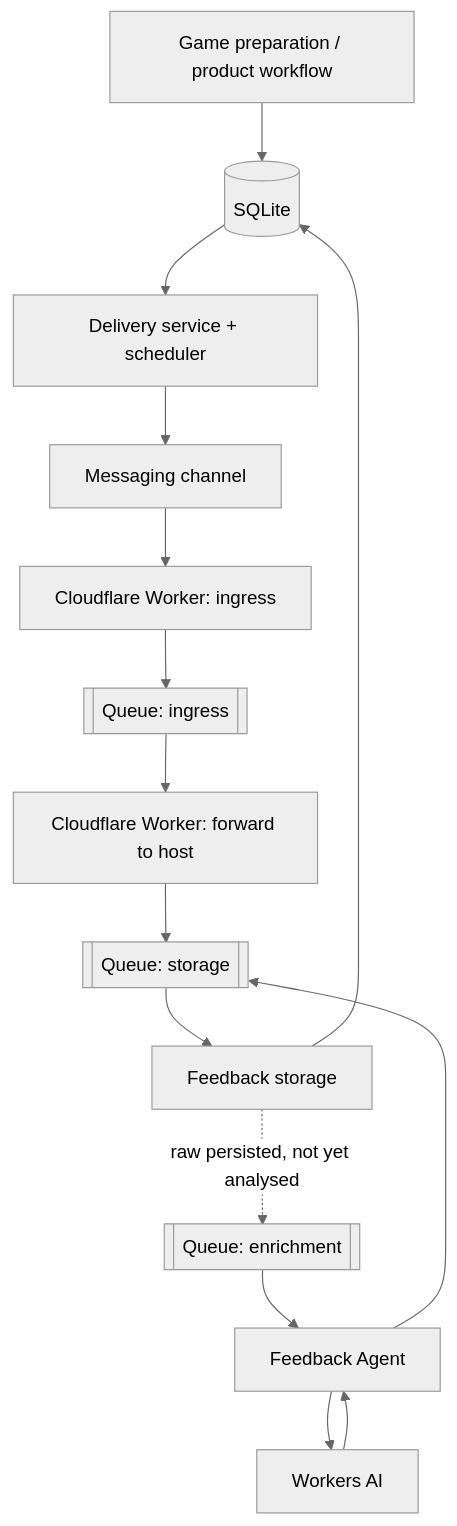
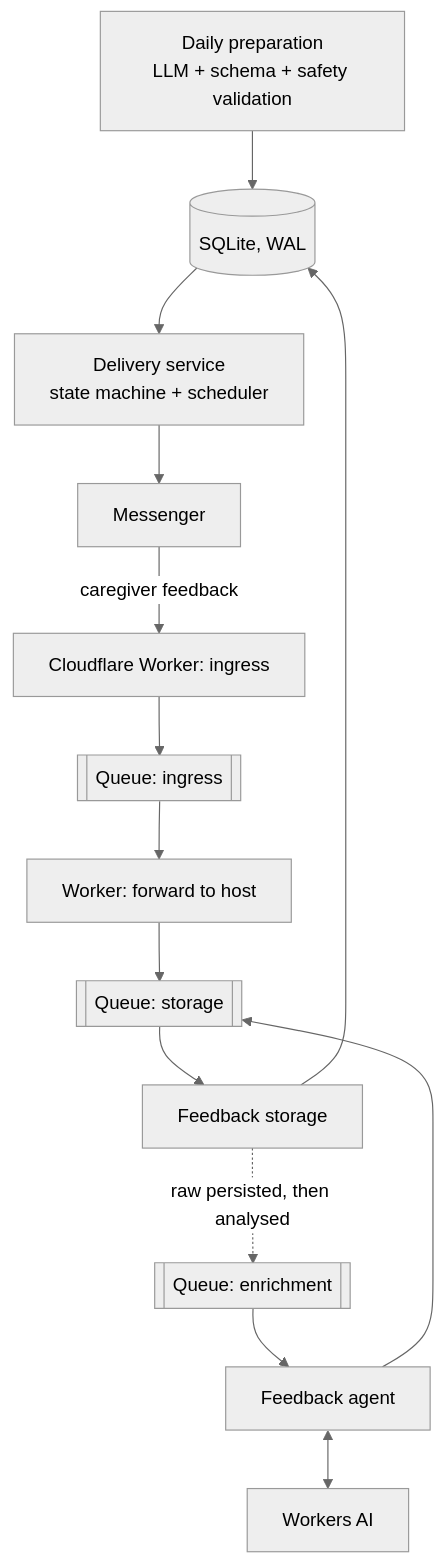
The diagram in README.md (LukshinVI/game-of-the-day), drawn with Mermaid (neutral theme) before and after one commit. The commit also changed other lines of this file and 3 other files, not shown here.

````diff
--- a/README.md
+++ b/README.md
@@ -35,16 +25,15 @@
 ```mermaid
 flowchart TD
-    P[Game preparation / product workflow] --> DB[(SQLite)]
-    DB --> D[Delivery service + scheduler]
-    D --> CH[Messaging channel]
-    CH --> W[Cloudflare Worker: ingress]
+    P[Daily preparation<br/>LLM + schema + safety validation] --> DB[(SQLite, WAL)]
+    DB --> D[Delivery service<br/>state machine + scheduler]
+    D --> CH[Messenger]
+    CH -->|caregiver feedback| W[Cloudflare Worker: ingress]
     W --> QA[[Queue: ingress]]
-    QA --> W2[Cloudflare Worker: forward to host]
+    QA --> W2[Worker: forward to host]
     W2 --> QB[[Queue: storage]]
-    QC[[Queue: enrichment]] --> F[Feedback Agent]
-    F --> AI[Workers AI]
-    AI --> F
+    QB --> STORE[Feedback storage] --> DB
+    STORE -. raw persisted, then analysed .-> QC[[Queue: enrichment]]
+    QC --> F[Feedback agent]
+    F <--> AI[Workers AI]
     F --> QB
-    QB --> STORE[Feedback storage] --> DB
-    STORE -. raw persisted, not yet analysed .-> QC
 ```
````
